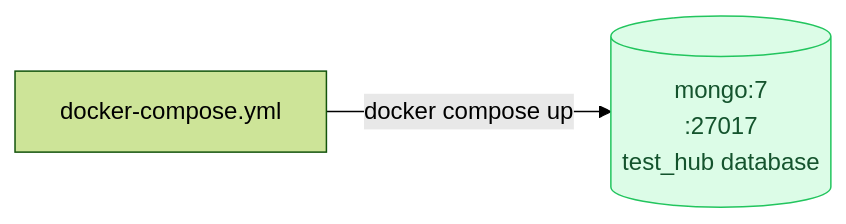
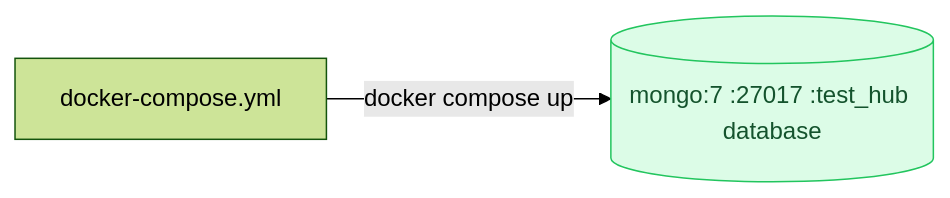
One commit to Univers42/QA changed the fourth of 12 diagrams in docs/strategy/0-roadmap.md. Above: the diagram before and after it, drawn with Mermaid (forest theme). The commit also changed other lines of this file and 2 other files, not shown here.

````diff
--- a/docs/strategy/0-roadmap.md
+++ b/docs/strategy/0-roadmap.md
@@ -134,5 +134,5 @@
 ```mermaid
 graph LR
-    DC["docker-compose.yml"]-->|"docker compose up"| MONGO[("mongo:7\n:27017\ntest_hub database")]
+    DC["docker-compose.yml"]-->|"docker compose up"| MONGO[("mongo:7 :27017 :test_hub database")]
     style MONGO fill:#dcfce7,stroke:#22c55e,color:#14532d
 ```
````
